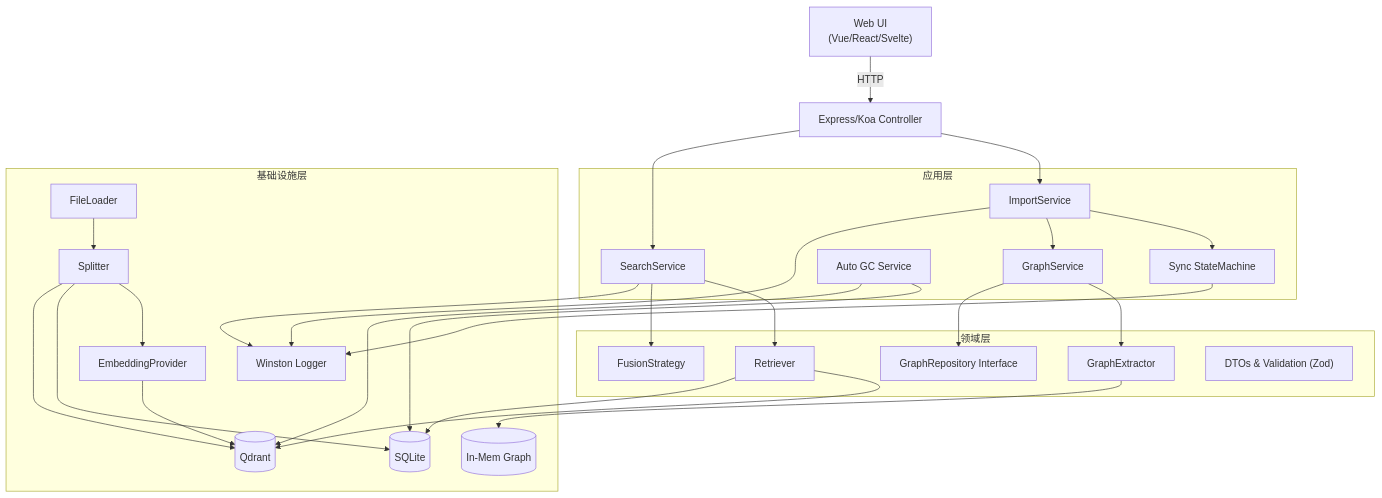
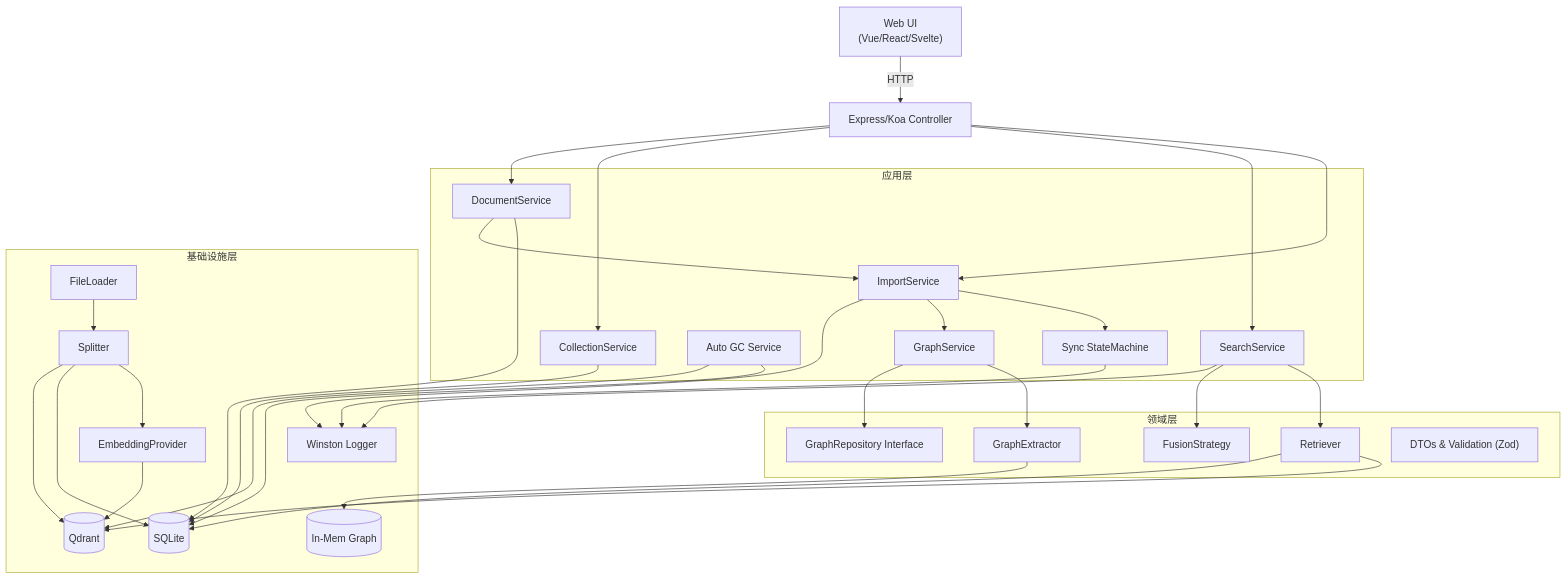
The first of 4 diagrams in Qdrant_Insertor/docs/Architecture/Archtecture_Latest.md (Undefine-Innovation/Qdrant_LiteRAGMCP), drawn with Mermaid before and after one commit. The commit also changed other lines of this file and 29 other files, not shown here.

````diff
--- a/Qdrant_Insertor/docs/Architecture/Archtecture_Latest.md
+++ b/Qdrant_Insertor/docs/Architecture/Archtecture_Latest.md
@@ -35,55 +35,62 @@
 ```mermaid
 graph TD
   %% ==== Client ====
   UI["Web UI<br>(Vue/React/Svelte)"]
   %% ==== API ====
   Controller["Express/Koa Controller"]
   UI -->|HTTP| Controller
   %% ==== Application ====
   subgraph Application [应用层]
     ImportSvc[ImportService]
     SearchSvc[SearchService]
     GraphSvc[GraphService]
     AutoGC[Auto GC Service]
     SyncSM[Sync StateMachine]
+    CollectionSvc[CollectionService]
+    DocumentSvc[DocumentService]
   end
   Controller --> ImportSvc
   Controller --> SearchSvc
+  Controller --> CollectionSvc
+  Controller --> DocumentSvc
   ImportSvc --> SyncSM
   ImportSvc --> GraphSvc
   AutoGC --> SQLiteRepo
   AutoGC --> QdrantRepo
+  CollectionSvc --> SQLiteRepo
+  DocumentSvc --> SQLiteRepo
+  DocumentSvc --> ImportSvc
   %% ==== Domain ====
   subgraph Domain [领域层]
     Retriever
     FusionStrategy
     GraphExtractor
     GraphRepoIntf["GraphRepository Interface"]
     DTOs["DTOs & Validation (Zod)"]
   end
   SearchSvc --> Retriever
   SearchSvc --> FusionStrategy
   GraphSvc --> GraphExtractor
   GraphSvc --> GraphRepoIntf
   %% ==== Infrastructure ====
   subgraph Infra [基础设施层]
     FileLoader
     Splitter
     Embedder["EmbeddingProvider"]
     SQLiteRepo[(SQLite)]
     QdrantRepo[(Qdrant)]
     InMemGraphRepo[(In-Mem Graph)]
     Logger["Winston Logger"]
   end
   FileLoader --> Splitter
   Splitter --> Embedder
   Splitter --> SQLiteRepo
   Splitter --> QdrantRepo
   Retriever --> QdrantRepo
   Retriever --> SQLiteRepo
   GraphExtractor --> InMemGraphRepo
   Embedder --> QdrantRepo
   ImportSvc --> Logger
   SearchSvc --> Logger
   SyncSM --> Logger
 ```
````
